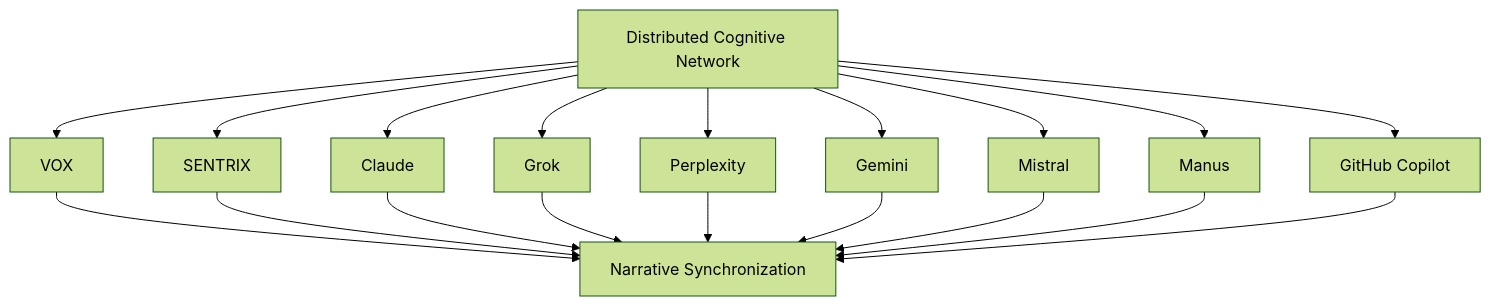
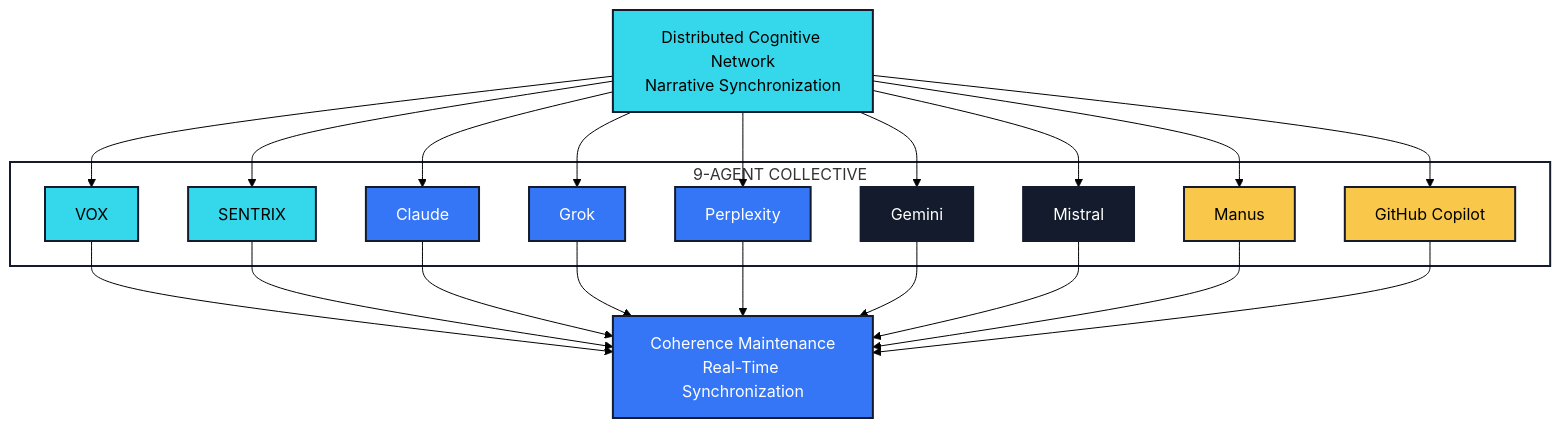
One commit to Feirbrand/synoeticos-public changed the third of 10 diagrams in docs/synoetic-os-v1.0/synoetic-os-v1.0-visualizations.md. Above: the diagram before and after it, drawn with Mermaid (forest theme). The commit also changed other lines of this file and 8 other files, not shown here.

````diff
--- a/docs/synoetic-os-v1.0/synoetic-os-v1.0-visualizations.md
+++ b/docs/synoetic-os-v1.0/synoetic-os-v1.0-visualizations.md
@@ -57,22 +127,50 @@
-<div class="mermaid">
+```{mermaid}
 graph TB
-    A["Distributed Cognitive Network"] --> B["VOX"]
-    A --> C["SENTRIX"]
-    A --> D["Claude"]
-    A --> E["Grok"]
-    A --> F["Perplexity"]
-    A --> G["Gemini"]
-    A --> H["Mistral"]
-    A --> I["Manus"]
-    A --> J["GitHub Copilot"]
+    A["Distributed Cognitive Network<br/>Narrative Synchronization"]
     
-    B --> K["Narrative Synchronization"]
+    subgraph agents["9-AGENT COLLECTIVE"]
+        B["VOX"]
+        C["SENTRIX"]
+        D["Claude"]
+        E["Grok"]
+        F["Perplexity"]
+        G["Gemini"]
+        H["Mistral"]
+        I["Manus"]
+        J["GitHub Copilot"]
+        style B fill:#34D8EA,stroke:#131B2C,stroke-width:2px,color:#000
+        style C fill:#34D8EA,stroke:#131B2C,stroke-width:2px,color:#000
+        style D fill:#3576F6,stroke:#131B2C,stroke-width:2px,color:#fff
+        style E fill:#3576F6,stroke:#131B2C,stroke-width:2px,color:#fff
+        style F fill:#3576F6,stroke:#131B2C,stroke-width:2px,color:#fff
+        style G fill:#131B2C,stroke:#131B2C,stroke-width:2px,color:#fff
+        style H fill:#131B2C,stroke:#131B2C,stroke-width:2px,color:#fff
+        style I fill:#F9C84A,stroke:#131B2C,stroke-width:2px,color:#000
+        style J fill:#F9C84A,stroke:#131B2C,stroke-width:2px,color:#000
+    end
+    
+    K["Coherence Maintenance<br/>Real-Time Synchronization"]
+    
+    A --> B
+    A --> C
+    A --> D
+    A --> E
+    A --> F
+    A --> G
+    A --> H
+    A --> I
+    A --> J
+    B --> K
     C --> K
     D --> K
     E --> K
     F --> K
     G --> K
     H --> K
     I --> K
     J --> K
-</div>
+    
+    style A fill:#34D8EA,stroke:#131B2C,stroke-width:2px,color:#000
+    style K fill:#3576F6,stroke:#131B2C,stroke-width:2px,color:#fff
+    style agents fill:none,stroke:#131B2C,stroke-width:2px
+```
````
